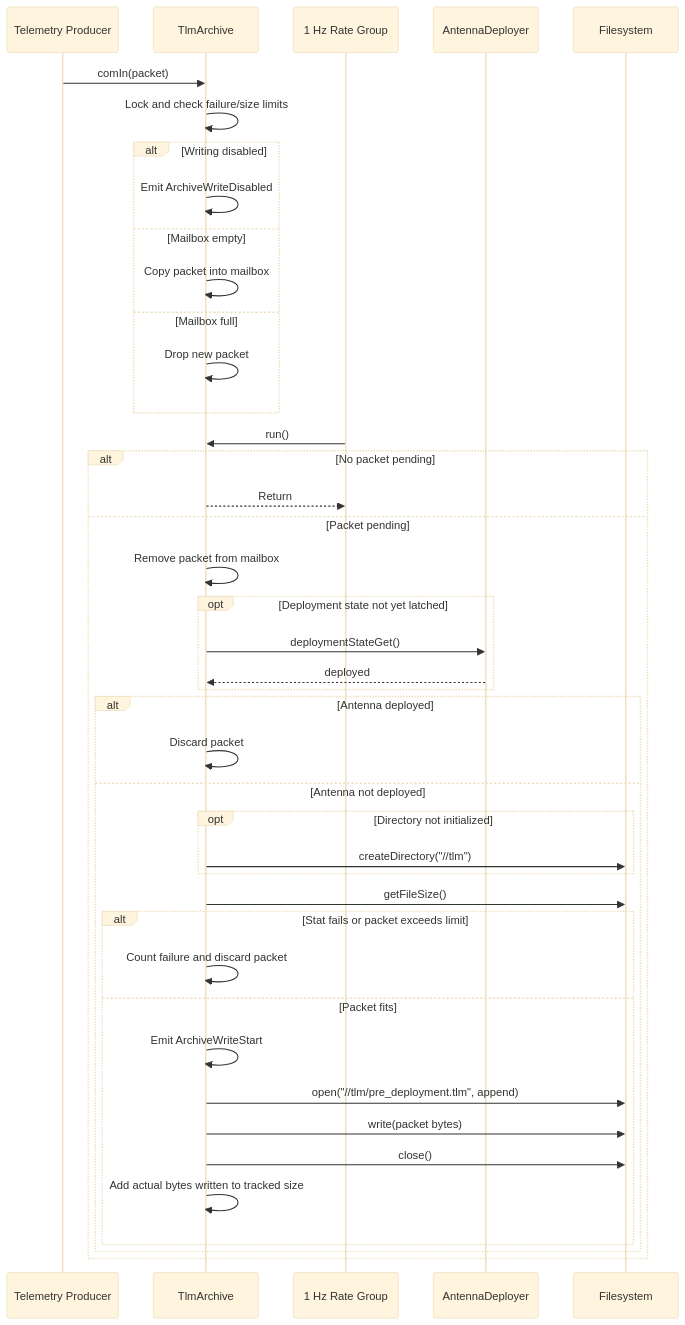
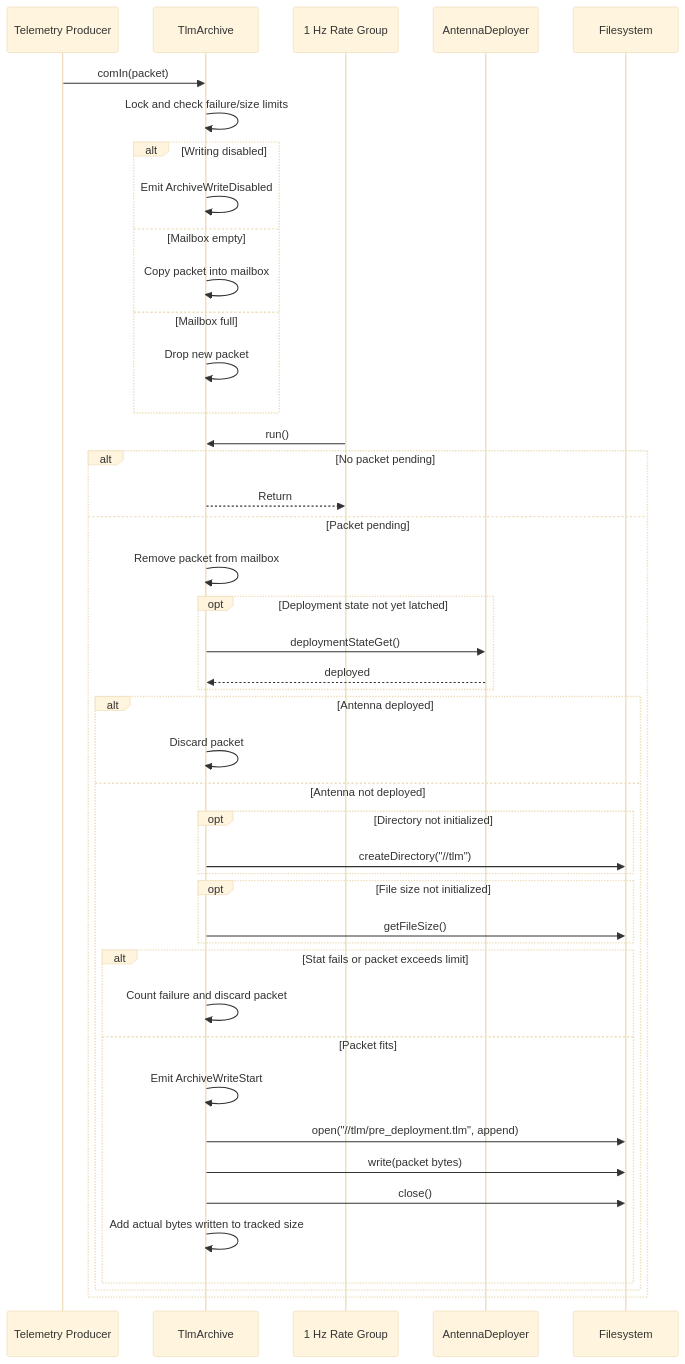
The second of 2 diagrams in PROVESFlightControllerReference/Components/TlmArchive/docs/sdd.md (Open-Source-Space-Foundation/proves-core-reference), drawn with Mermaid (base theme) before and after one commit. The commit also changed other lines of this file and 2 other files, not shown here.

Commit message:
check file size only once

````diff
--- a/PROVESFlightControllerReference/Components/TlmArchive/docs/sdd.md
+++ b/PROVESFlightControllerReference/Components/TlmArchive/docs/sdd.md
@@ -152,46 +157,48 @@
 ```mermaid
 sequenceDiagram
     participant Producer as Telemetry Producer
     participant Archive as TlmArchive
     participant Rate as 1 Hz Rate Group
     participant Deploy as AntennaDeployer
     participant FS as Filesystem
 
     Producer->>Archive: comIn(packet)
     Archive->>Archive: Lock and check failure/size limits
     alt Writing disabled
         Archive->>Archive: Emit ArchiveWriteDisabled
     else Mailbox empty
         Archive->>Archive: Copy packet into mailbox
     else Mailbox full
         Archive->>Archive: Drop new packet
     end
 
     Rate->>Archive: run()
     alt No packet pending
         Archive-->>Rate: Return
     else Packet pending
         Archive->>Archive: Remove packet from mailbox
         opt Deployment state not yet latched
             Archive->>Deploy: deploymentStateGet()
             Deploy-->>Archive: deployed
         end
         alt Antenna deployed
             Archive->>Archive: Discard packet
         else Antenna not deployed
             opt Directory not initialized
                 Archive->>FS: createDirectory("//tlm")
             end
-            Archive->>FS: getFileSize()
+            opt File size not initialized
+                Archive->>FS: getFileSize()
+            end
             alt Stat fails or packet exceeds limit
                 Archive->>Archive: Count failure and discard packet
             else Packet fits
                 Archive->>Archive: Emit ArchiveWriteStart
                 Archive->>FS: open("//tlm/pre_deployment.tlm", append)
                 Archive->>FS: write(packet bytes)
                 Archive->>FS: close()
                 Archive->>Archive: Add actual bytes written to tracked size
             end
         end
     end
 ```
````
